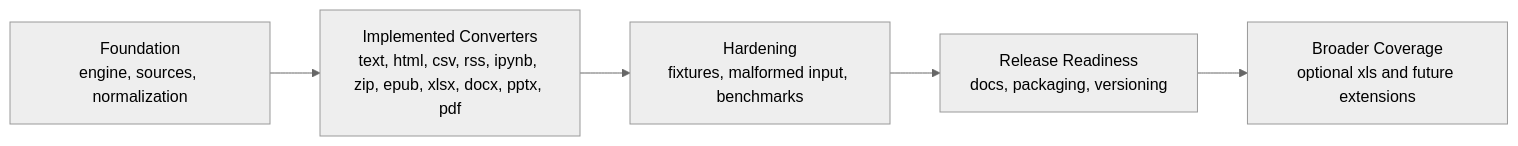
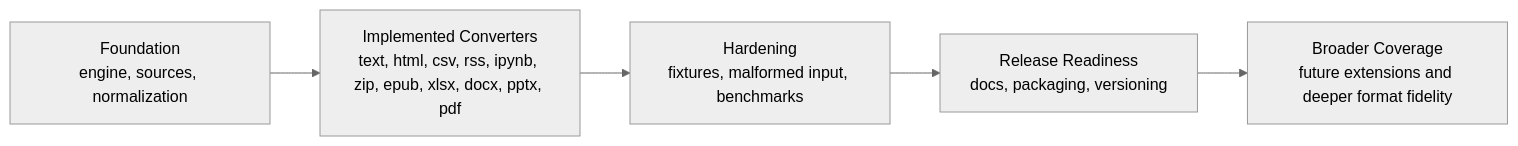
Before and after one commit to LynnColeArt/Inkbite: the second of 2 diagrams in README.md, drawn with Mermaid (neutral theme). The commit also changed other lines of this file and 8 other files, not shown here.

````diff
--- a/README.md
+++ b/README.md
@@ -246,10 +246,10 @@
 ```mermaid
 flowchart LR
     A["Foundation<br/>engine, sources, normalization"]
     B["Implemented Converters<br/>text, html, csv, rss, ipynb, zip, epub, xlsx, docx, pptx, pdf"]
     C["Hardening<br/>fixtures, malformed input, benchmarks"]
     D["Release Readiness<br/>docs, packaging, versioning"]
-    E["Broader Coverage<br/>optional xls and future extensions"]
+    E["Broader Coverage<br/>future extensions and deeper format fidelity"]
 
     A --> B --> C --> D --> E
 ```
````
